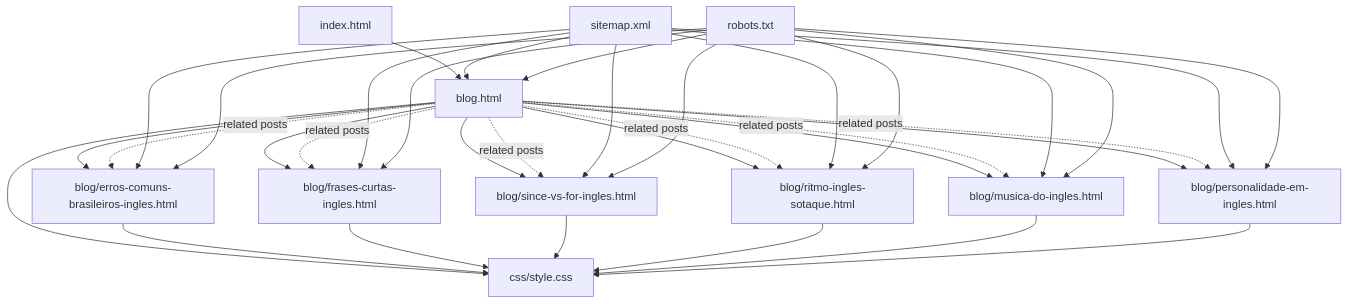
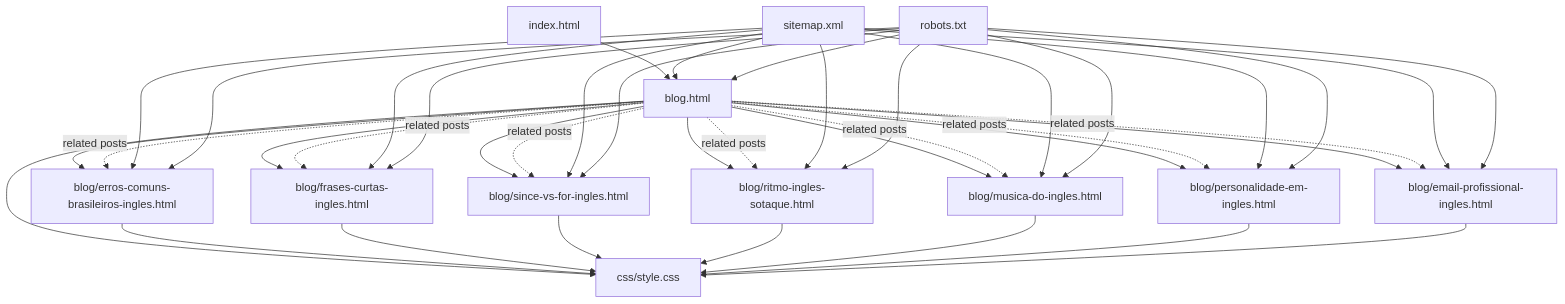
The first of 6 diagrams in .qoder/repowiki/en/content/Core Features/Educational Content Platform.md (lynchip/graduates), drawn with Mermaid before and after one commit. The commit also changed other lines of this file and 4 other files, not shown here.

````diff
--- a/.qoder/repowiki/en/content/Core Features/Educational Content Platform.md
+++ b/.qoder/repowiki/en/content/Core Features/Educational Content Platform.md
@@ -42,48 +53,54 @@
 ```mermaid
 graph TB
 Index["index.html"]
 BlogList["blog.html"]
 Post1["blog/erros-comuns-brasileiros-ingles.html"]
 Post2["blog/frases-curtas-ingles.html"]
 Post3["blog/since-vs-for-ingles.html"]
 Post4["blog/ritmo-ingles-sotaque.html"]
 Post5["blog/musica-do-ingles.html"]
 Post6["blog/personalidade-em-ingles.html"]
+Post7["blog/email-profissional-ingles.html"]
 Style["css/style.css"]
 Sitemap["sitemap.xml"]
 Robots["robots.txt"]
 Index --> BlogList
 BlogList --> Post1
 BlogList --> Post2
 BlogList --> Post3
 BlogList --> Post4
 BlogList --> Post5
 BlogList --> Post6
+BlogList --> Post7
 BlogList -. related posts .-> Post1
 BlogList -. related posts .-> Post2
 BlogList -. related posts .-> Post3
 BlogList -. related posts .-> Post4
 BlogList -. related posts .-> Post5
 BlogList -. related posts .-> Post6
+BlogList -. related posts .-> Post7
 BlogList --> Style
 Post1 --> Style
 Post2 --> Style
 Post3 --> Style
 Post4 --> Style
 Post5 --> Style
 Post6 --> Style
+Post7 --> Style
 Sitemap --> BlogList
 Sitemap --> Post1
 Sitemap --> Post2
 Sitemap --> Post3
 Sitemap --> Post4
 Sitemap --> Post5
 Sitemap --> Post6
+Sitemap --> Post7
 Robots --> BlogList
 Robots --> Post1
 Robots --> Post2
 Robots --> Post3
 Robots --> Post4
 Robots --> Post5
 Robots --> Post6
+Robots --> Post7
 ```
````
